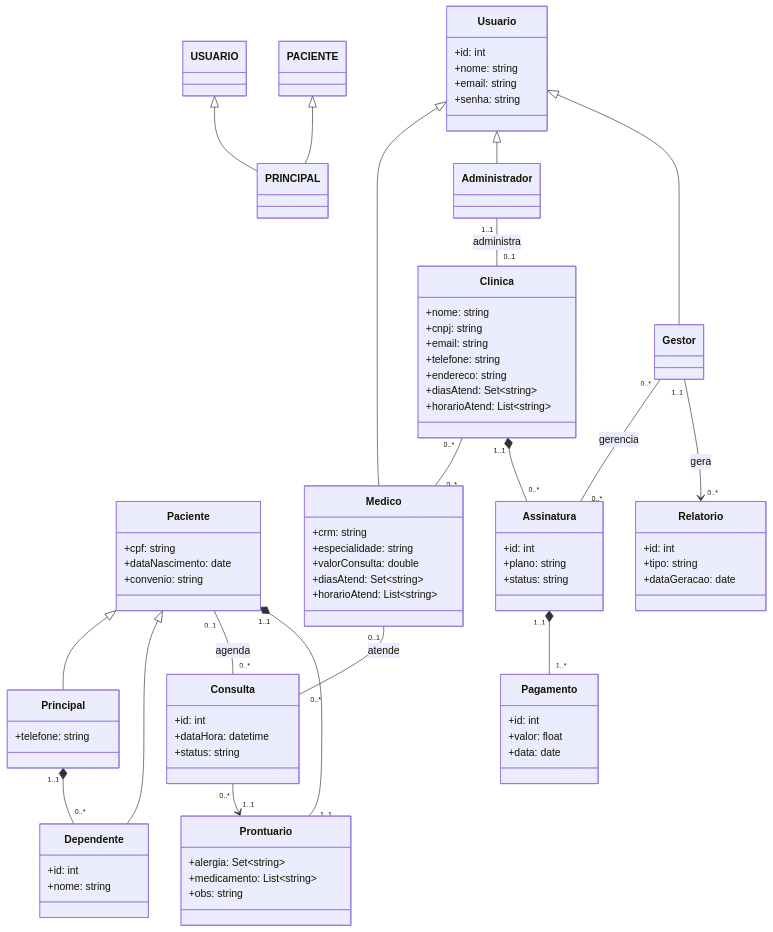
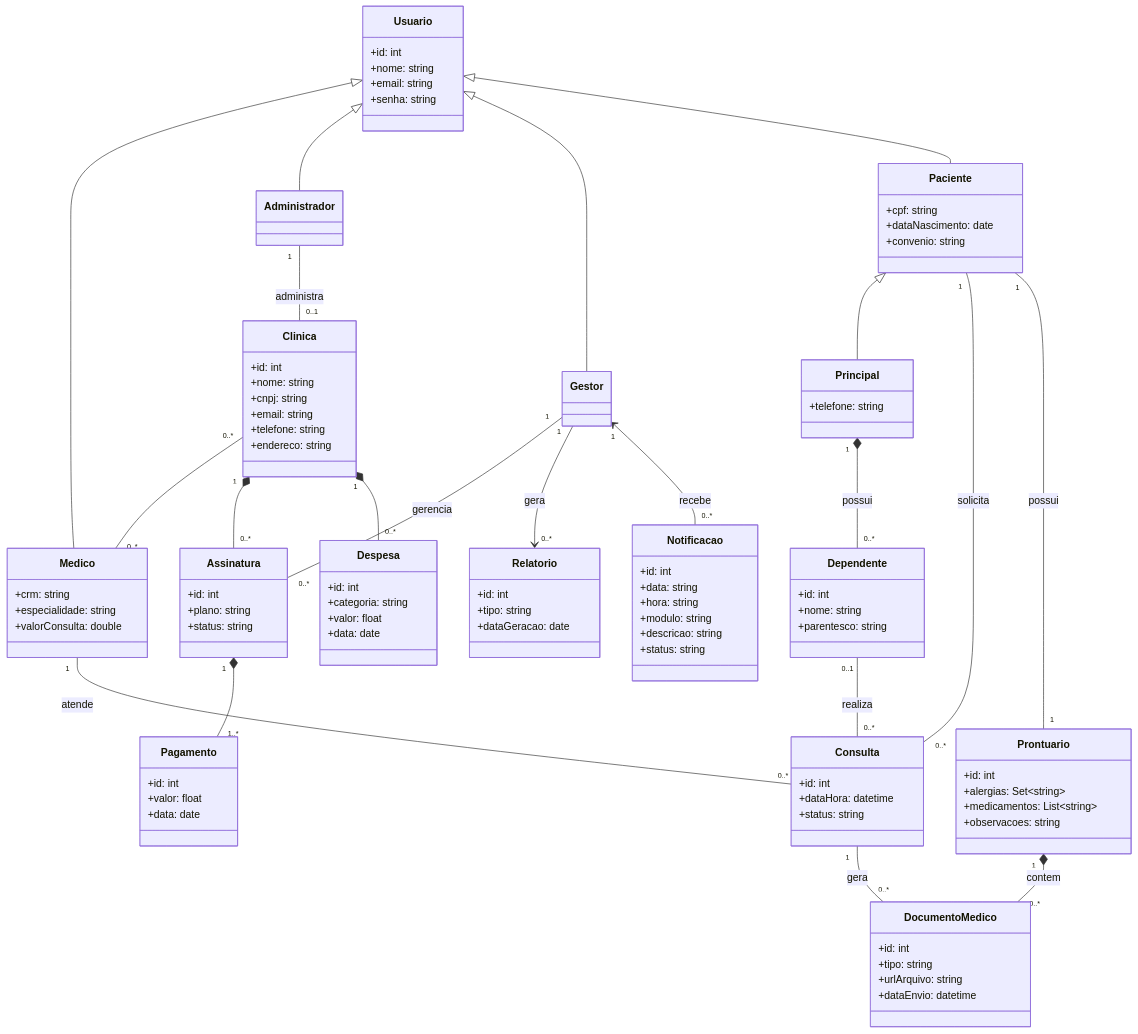
The second of 2 diagrams in README.md (InsaneCaio/SICA), drawn with Mermaid before and after one commit.

Commit message:
Refactor UML diagram and update class definitions
Removed unused classes and updated class relationships in the UML diagram. Added new classes for medical documents and expenses.

````diff
--- a/README.md
+++ b/README.md
@@ -134,18 +134,8 @@
 ```mermaid
 classDiagram
 
-class USUARIO
-class PACIENTE
-class PRINCIPAL
-
-USUARIO <|-- PRINCIPAL
-PACIENTE <|-- PRINCIPAL
-
-
-
-
 %% ==================================================
-%% PESSOAS
+%% PESSOAS E HIERARQUIA DE USUÁRIOS
 %% ==================================================
 
 class Usuario {
@@ -161,49 +151,35 @@
     +convenio: string
 }
 
-
-%% ==================================================
-%% USUÁRIOS
-%% ==================================================
-
 class Principal {
     +telefone: string
+}
+
+class Dependente {
+    +id: int
+    +nome: string
+    +parentesco: string
 }
 
 class Medico {
     +crm: string
     +especialidade: string
     +valorConsulta: double
-    +diasAtend: Set~string~
-    +horarioAtend: List~string~
 }
 
 class Administrador
-
 class Gestor
 
 Usuario <|-- Medico
 Usuario <|-- Administrador
 Usuario <|-- Gestor
+Usuario <|-- Paciente
+
+Paciente <|-- Principal
+Principal "1" *-- "0..*" Dependente : possui
 
 %% ==================================================
-%% PACIENTES
-%% ==================================================
-
-class Paciente
-
-class Dependente{
-    +id: int
-    +nome: string
-}
-
-Paciente <|-- Principal
-Paciente <|-- Dependente
-
-Principal "1..1" *-- "0..*" Dependente
-
-%% ==================================================
-%% ATENDIMENTO
+%% ATENDIMENTO E PRONTUÁRIO
 %% ==================================================
 
 class Consulta {
@@ -213,40 +189,38 @@
 }
 
 class Prontuario {
-    +alergia: Set~string~
-    +medicamento: List~string~
-    +obs: string
+    +id: int
+    +alergias: Set~string~
+    +medicamentos: List~string~
+    +observacoes: string
 }
 
-Paciente "0..1" -- "0..*" Consulta : agenda
+class DocumentoMedico {
+    +id: int
+    +tipo: string
+    +urlArquivo: string
+    +dataEnvio: datetime
+}
 
-Medico "0..1" -- "0..*" Consulta : atende
-
-Paciente "1..1" *-- "1..1" Prontuario
-
-Consulta "0..*" --> "1..1" Prontuario
+Paciente "1" -- "0..*" Consulta : solicita
+Dependente "0..1" -- "0..*" Consulta : realiza
+Medico "1" -- "0..*" Consulta : atende
+Paciente "1" -- "1" Prontuario : possui
+Prontuario "1" *-- "0..*" DocumentoMedico : contem
+Consulta "1" -- "0..*" DocumentoMedico : gera
 
 %% ==================================================
-%% CLÍNICA
+%% CLÍNICA E FINANCEIRO
 %% ==================================================
 
 class Clinica {
+    +id: int
     +nome: string
     +cnpj: string
     +email: string
     +telefone: string
     +endereco: string
-    +diasAtend: Set~string~
-    +horarioAtend: List~string~
 }
-
-Administrador "1..1" -- "0..1" Clinica : administra
-
-Clinica "0..*" -- "0..*" Medico
-
-%% ==================================================
-%% FINANCEIRO
-%% ==================================================
 
 class Assinatura {
     +id: int
@@ -260,14 +234,22 @@
     +data: date
 }
 
-Clinica "1..1" *-- "0..*" Assinatura
+class Despesa {
+    +id: int
+    +categoria: string
+    +valor: float
+    +data: date
+}
 
-Assinatura "1..1" *-- "1..*" Pagamento
-
-Gestor "0..*" -- "0..*" Assinatura : gerencia
+Administrador "1" -- "0..1" Clinica : administra
+Clinica "0..*" -- "0..*" Medico
+Clinica "1" *-- "0..*" Assinatura
+Assinatura "1" *-- "1..*" Pagamento
+Clinica "1" *-- "0..*" Despesa
+Gestor "1" -- "0..*" Assinatura : gerencia
 
 %% ==================================================
-%% RELATÓRIOS
+%% RELATÓRIOS E ALERTAS
 %% ==================================================
 
 class Relatorio {
@@ -276,5 +258,15 @@
     +dataGeracao: date
 }
 
-Gestor "1..1" --> "0..*" Relatorio : gera
+class Notificacao {
+    +id: int
+    +data: string
+    +hora: string
+    +modulo: string
+    +descricao: string
+    +status: string
+}
+
+Gestor "1" --> "0..*" Relatorio : gera
+Gestor "1" <-- "0..*" Notificacao : recebe
 ```
````
